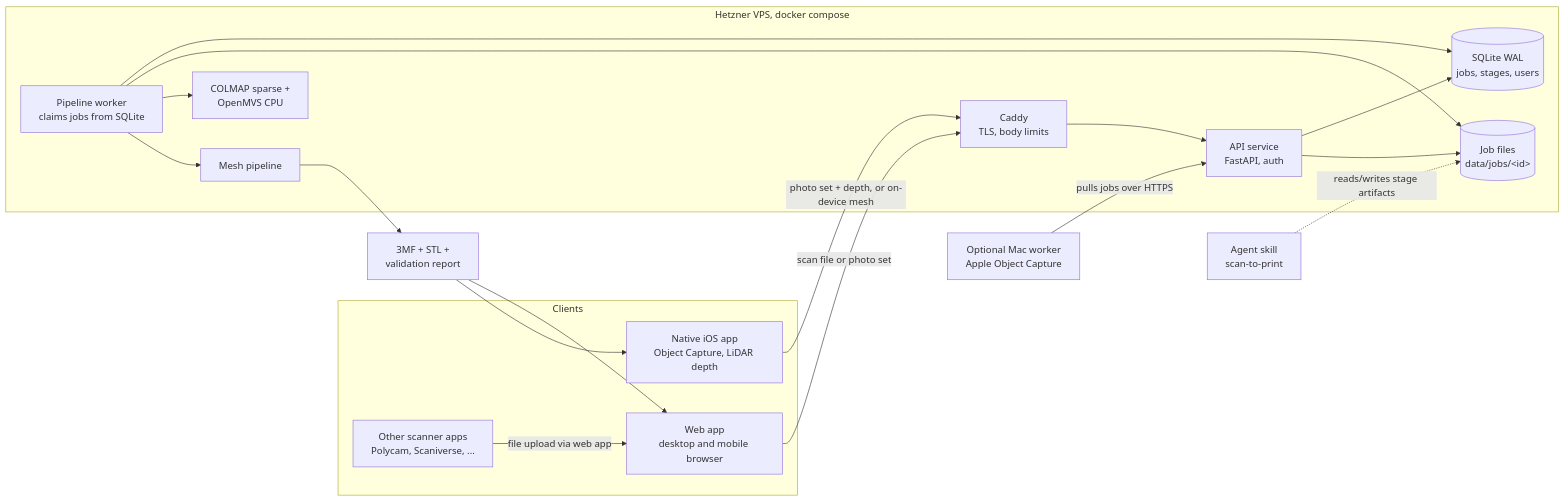
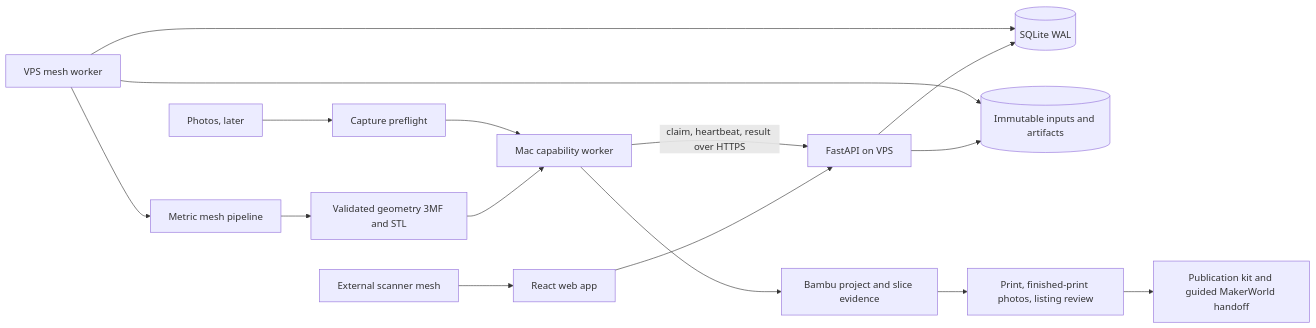
One commit to scottlinddk/3D-scan changed the diagram in docs/ARCHITECTURE.md. Above: the diagram before and after it, drawn with Mermaid. The commit also changed other lines of this file and 8 other files, not shown here.

Commit message:
Refine scan-to-print architecture and MakerWorld delivery plan

````diff
--- a/docs/ARCHITECTURE.md
+++ b/docs/ARCHITECTURE.md
@@ -40,27 +42,18 @@
 ```mermaid
 flowchart LR
-  subgraph Clients
-    IOS[Native iOS app<br/>Object Capture, LiDAR depth]
-    WEB[Web app<br/>desktop and mobile browser]
-    EXT[Other scanner apps<br/>Polycam, Scaniverse, ...]
-  end
-
-  subgraph VPS[Hetzner VPS, docker compose]
-    CADDY[Caddy<br/>TLS, body limits] --> API[API service<br/>FastAPI, auth]
-    API --> DB[(SQLite WAL<br/>jobs, stages, users)]
-    API --> FS[(Job files<br/>data/jobs/&lt;id&gt;)]
-    W[Pipeline worker<br/>claims jobs from SQLite] --> DB
-    W --> FS
-    W --> RC1[COLMAP sparse +<br/>OpenMVS CPU]
-    W --> P[Mesh pipeline]
-  end
-
-  MAC[Optional Mac worker<br/>Apple Object Capture] -->|pulls jobs over HTTPS| API
-  IOS -->|photo set + depth, or on-device mesh| CADDY
-  WEB -->|scan file or photo set| CADDY
-  EXT -->|file upload via web app| WEB
-  P --> OUT[3MF + STL +<br/>validation report]
-  OUT --> WEB
-  OUT --> IOS
-  AG[Agent skill<br/>scan-to-print] -.reads/writes stage artifacts.-> FS
+  EXT[External scanner mesh] --> WEB[React web app]
+  WEB --> API[FastAPI on VPS]
+  API --> DB[(SQLite WAL)]
+  API --> FS[(Immutable inputs and artifacts)]
+  W[VPS mesh worker] --> DB
+  W --> FS
+  W --> P[Metric mesh pipeline]
+  MAC[Mac capability worker] -->|claim, heartbeat, result over HTTPS| API
+  P --> MODEL[Validated geometry 3MF and STL]
+  MODEL --> MAC
+  MAC --> PROJECT[Bambu project and slice evidence]
+  PROJECT --> REVIEW[Print, finished-print photos, listing review]
+  REVIEW --> HANDOFF[Publication kit and guided MakerWorld handoff]
+  PHOTO[Photos, later] --> QC[Capture preflight]
+  QC --> MAC
 ```
````
